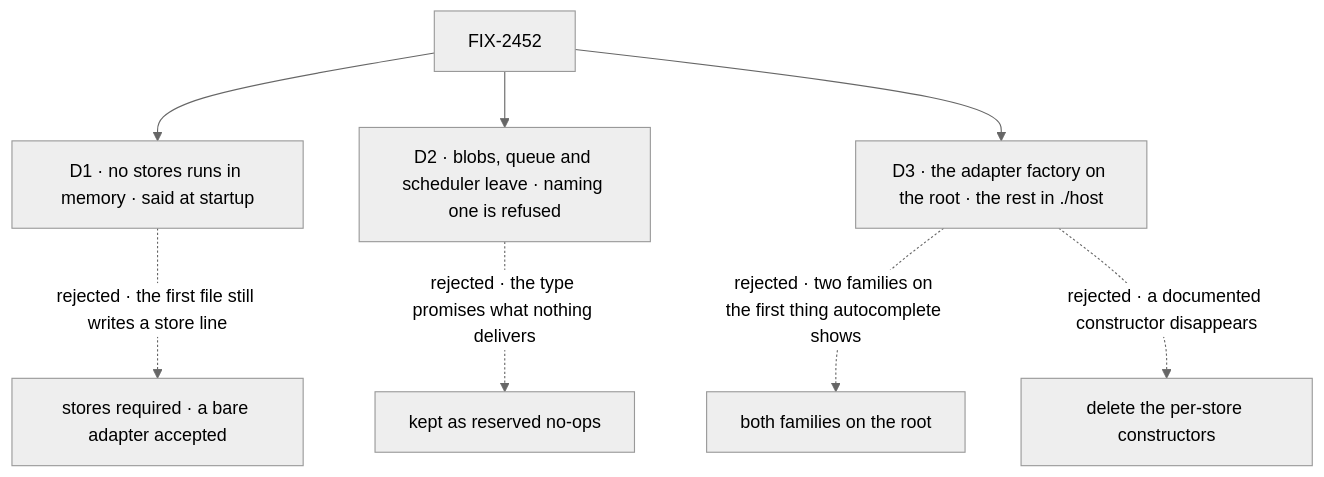
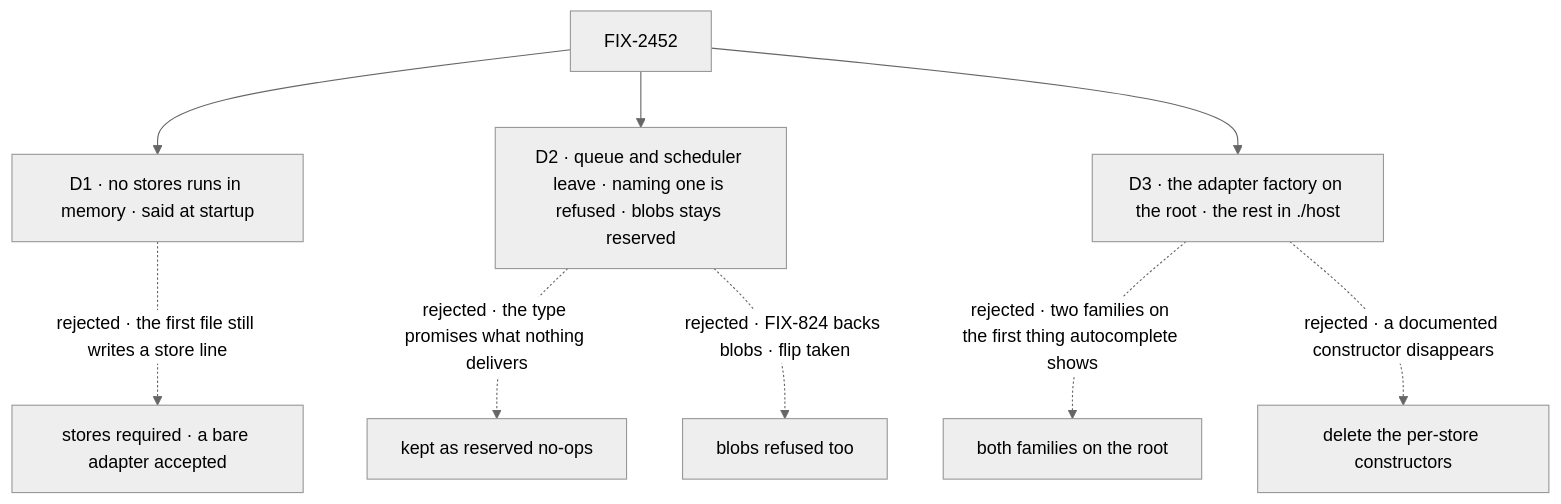
Before and after one commit to fixpoint-labs/flow-state-dev: the diagram in specs/issues/FIX-2452/DECISIONS.md, drawn with Mermaid (neutral theme). The commit also changed other lines of this file and 3 other files, not shown here.

First line of the commit message:
spec(FIX-2452): keep blobs reserved; refuse only queue and scheduler

````diff
--- a/specs/issues/FIX-2452/DECISIONS.md
+++ b/specs/issues/FIX-2452/DECISIONS.md
@@ -10,10 +10,11 @@
 ```mermaid
 flowchart TD
   I["FIX-2452"] --> D1["D1 · no stores runs in memory · said at startup"]
   D1 -.->|"rejected · the first file still writes a store line"| X1["stores required · a bare adapter accepted"]
-  I --> D2["D2 · blobs, queue and scheduler leave · naming one is refused"]
+  I --> D2["D2 · queue and scheduler leave · naming one is refused · blobs stays reserved"]
   D2 -.->|"rejected · the type promises what nothing delivers"| X2["kept as reserved no-ops"]
+  D2 -.->|"rejected · FIX-824 backs blobs · flip taken"| X2b["blobs refused too"]
   I --> D3["D3 · the adapter factory on the root · the rest in ./host"]
   D3 -.->|"rejected · two families on the first thing autocomplete shows"| X3["both families on the root"]
   D3 -.->|"rejected · a documented constructor disappears"| X4["delete the per-store constructors"]
 ```
````
